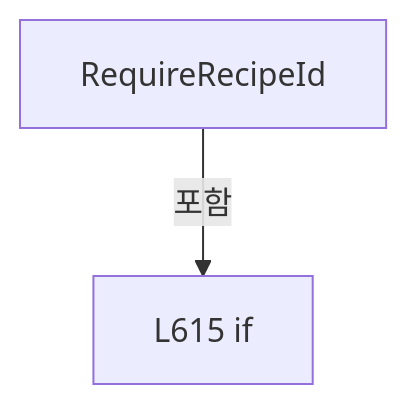
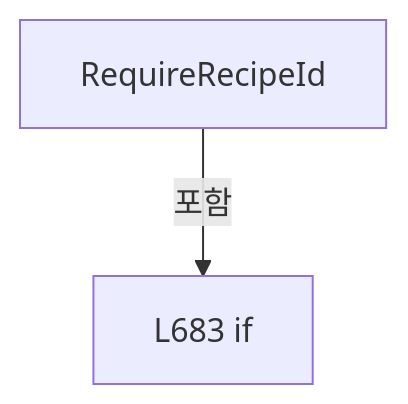
One commit to kjuws10-rgb/Shared changed diagram 15 of 19 in A3 LD Code Ref/files/Drilling.File/ReviewOffset/CReviewOffsetFile.cs.md. Above: the diagram before and after it, drawn with Mermaid. The commit also changed other lines of this file and 2071 other files, not shown here.

Commit message:
docs(a3): update 11.19.0 architecture and code reference

````diff
--- a/A3 LD Code Ref/files/Drilling.File/ReviewOffset/CReviewOffsetFile.cs.md
+++ b/A3 LD Code Ref/files/Drilling.File/ReviewOffset/CReviewOffsetFile.cs.md
@@ -1875,6 +2003,6 @@
 ```mermaid
 flowchart TD
  M["RequireRecipeId"]
- N0["L615 if"]
+ N0["L683 if"]
  M -->|포함| N0
 ```
````
